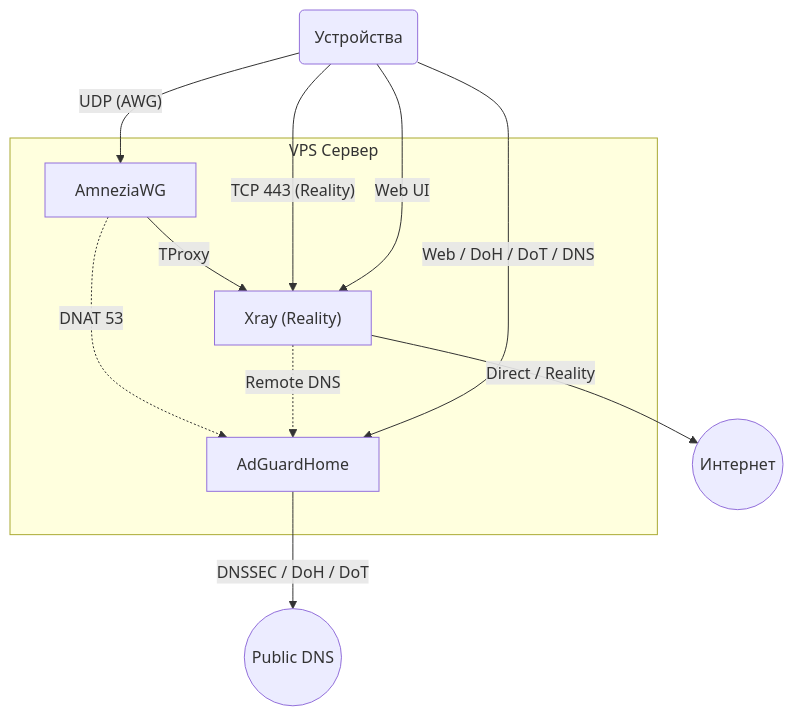
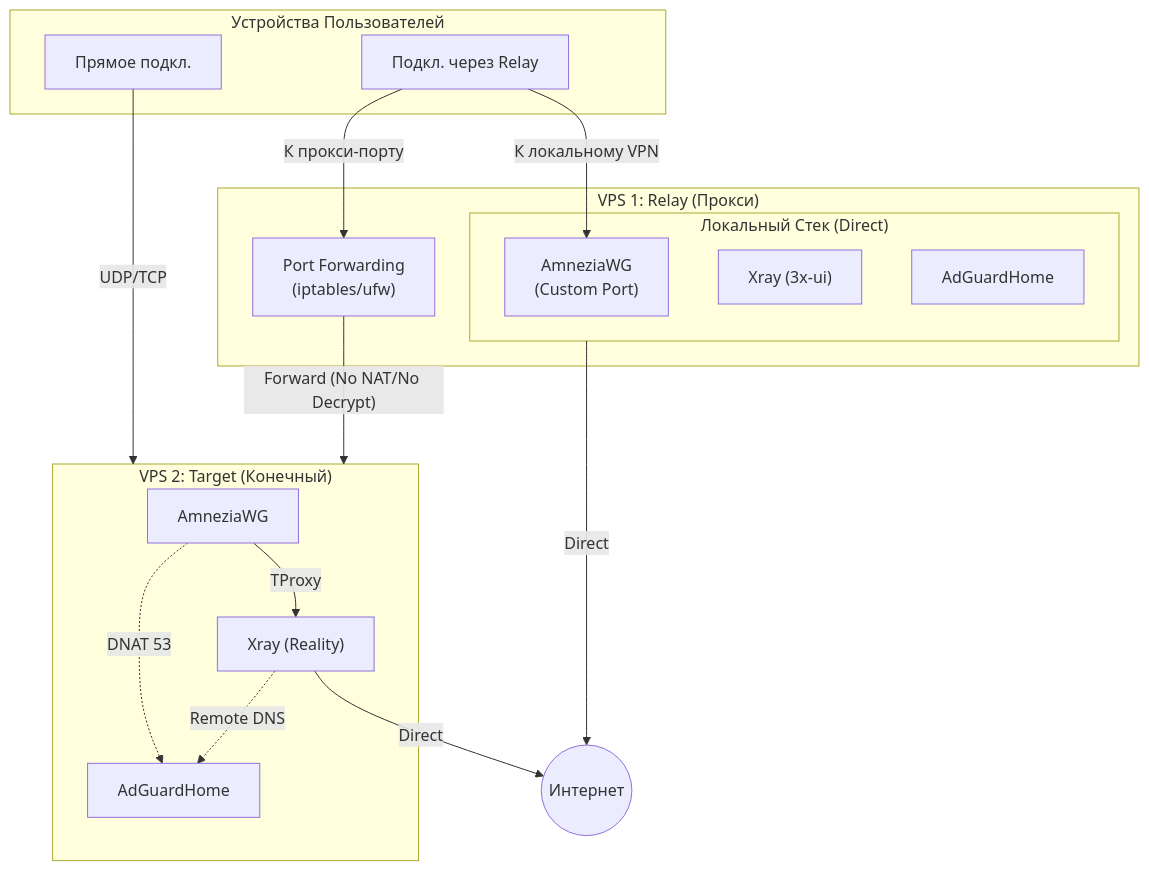
The diagram in AGENTS.md (SpIvanM/3x-awg-adg-bundle), drawn with Mermaid before and after one commit. The commit also changed other lines of this file and 1 other file, not shown here.

Commit message:
docs: add relay/target scenarios and architecture diagram

````diff
--- a/AGENTS.md
+++ b/AGENTS.md
@@ -43,22 +56,38 @@
 ```mermaid
 graph TD
-    User("Устройства")
-  
-    subgraph VPS ["VPS Сервер"]
-        AWG["AmneziaWG"]
-        XR["Xray (Reality)"]
-        AGH["AdGuardHome"]
-
-        AWG -->|"TProxy"| XR
-        AWG -.->|"DNAT 53"| AGH
-        XR -.->|"Remote DNS"| AGH
+    subgraph Clients ["Устройства Пользователей"]
+        U_Dir["Прямое подкл."]
+        U_Rel["Подкл. через Relay"]
     end
 
-    XR -->|"Direct / Reality"| Net(("Интернет"))
-    AGH -->|"DNSSEC / DoH / DoT"| DNS(("Public DNS"))
+    subgraph RelayVPS ["VPS 1: Relay (Прокси)"]
+        PF["Port Forwarding <br/>(iptables/ufw)"]
+        subgraph RLoc ["Локальный Стек (Direct)"]
+            RAWG["AmneziaWG <br/>(Custom Port)"]
+            RXR["Xray (3x-ui)"]
+            RAGH["AdGuardHome"]
+        end
+    end
 
-    User -->|"UDP (AWG)"| AWG
-    User -->|"TCP 443 (Reality)"| XR
-    User -->|"Web / DoH / DoT / DNS"| AGH
-    User -->|"Web UI"| XR
+    subgraph TargetVPS ["VPS 2: Target (Конечный)"]
+        TAWG["AmneziaWG"]
+        TXR["Xray (Reality)"]
+        TAGH["AdGuardHome"]
+        
+        TAWG -->|"TProxy"| TXR
+        TAWG -.->|"DNAT 53"| TAGH
+        TXR -.->|"Remote DNS"| TAGH
+    end
+
+    %% Connections
+    U_Dir -->|"UDP/TCP"| TargetVPS
+    U_Rel -->|"К прокси-порту"| PF
+    U_Rel -->|"К локальному VPN"| RAWG
+    
+    PF -->|"Forward (No NAT/No Decrypt)"| TargetVPS
+    
+    RLoc -->|"Direct"| Net
+    TXR -->|"Direct"| Net
+
+    Net(("Интернет"))
 ```
````
